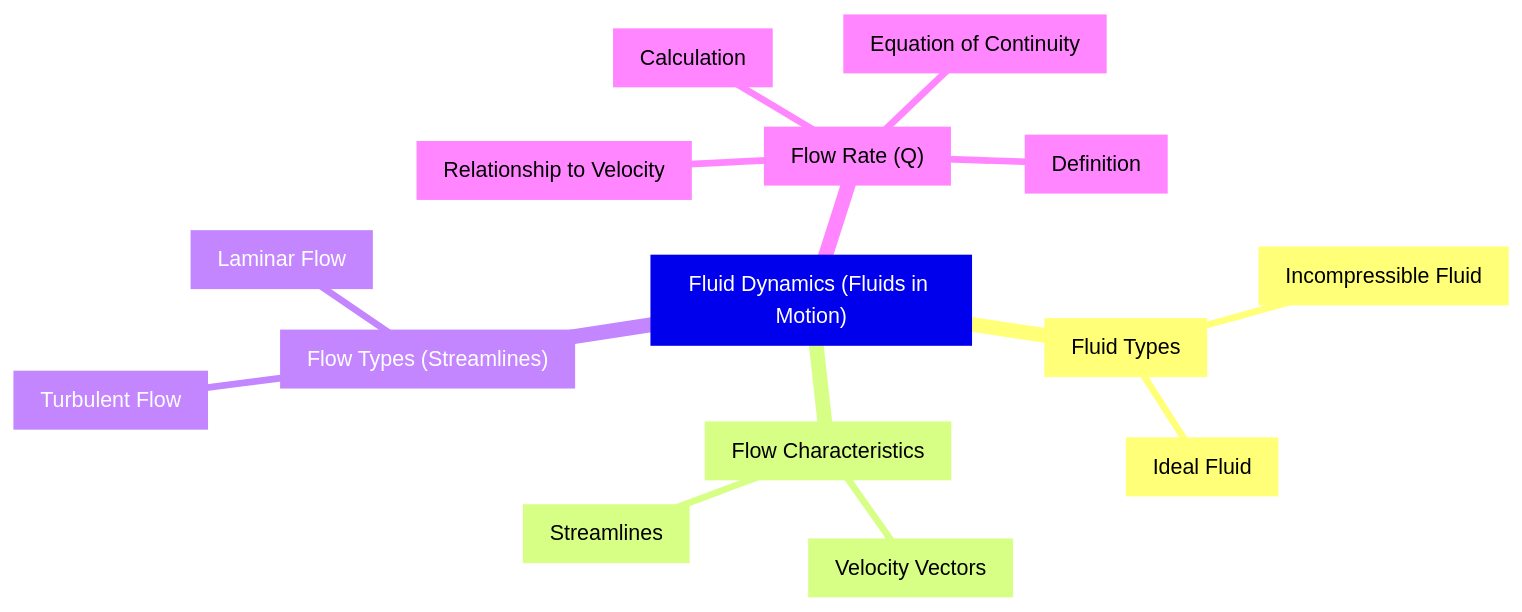
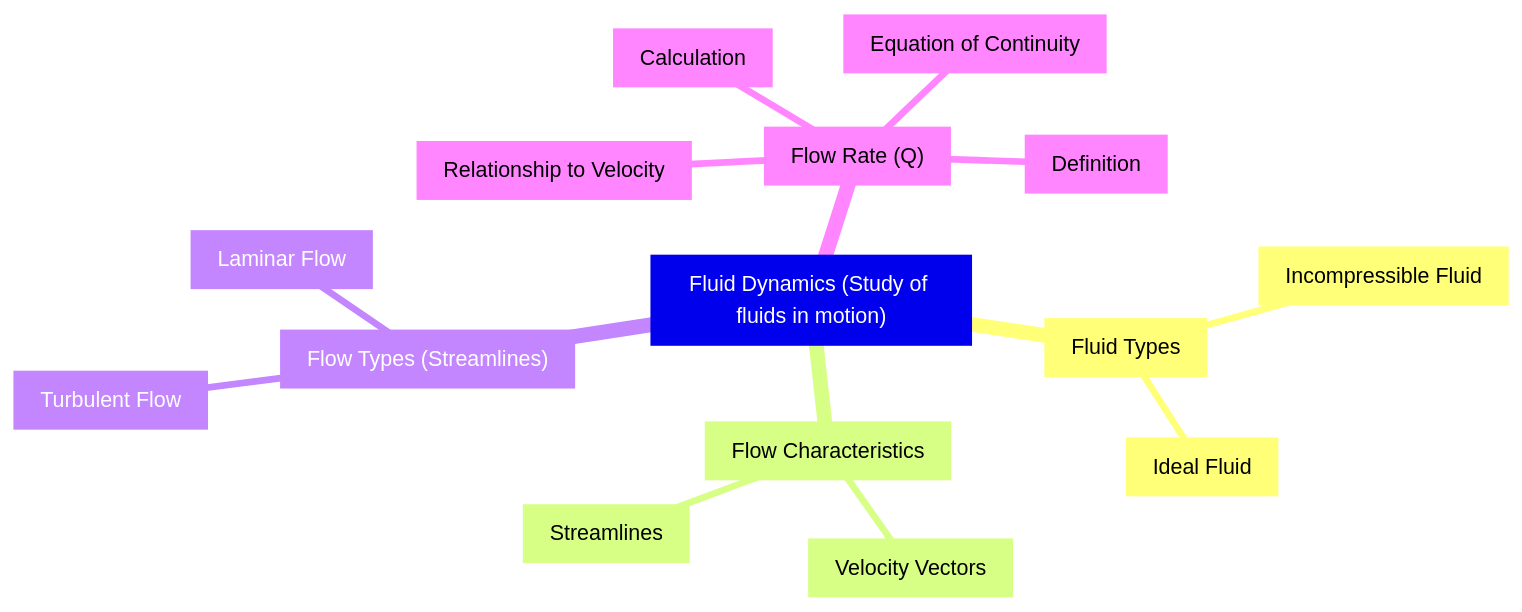
The fifth of 5 diagrams in evals/results/notes/uphys1-notes.md (Kunsh162007/margin), drawn with Mermaid before and after one commit. The commit also changed other lines of this file and 44 other files, not shown here.

````diff
--- a/evals/results/notes/uphys1-notes.md
+++ b/evals/results/notes/uphys1-notes.md
@@ -301,18 +266,18 @@
 ```mermaid
 mindmap
-  n0["Fluid Dynamics (Fluids in Motion)"]
+  n0["Fluid Dynamics (Study of fluids in motion)"]
     n1["Fluid Types"]
       n2["Ideal Fluid"]
       n3["Incompressible Fluid"]
     n4["Flow Characteristics"]
       n5["Velocity Vectors"]
       n6["Streamlines"]
     n7["Flow Types (Streamlines)"]
       n8["Laminar Flow"]
       n9["Turbulent Flow"]
     n10["Flow Rate (Q)"]
       n11["Definition"]
       n12["Calculation"]
       n13["Relationship to Velocity"]
       n14["Equation of Continuity"]
 ```
````
